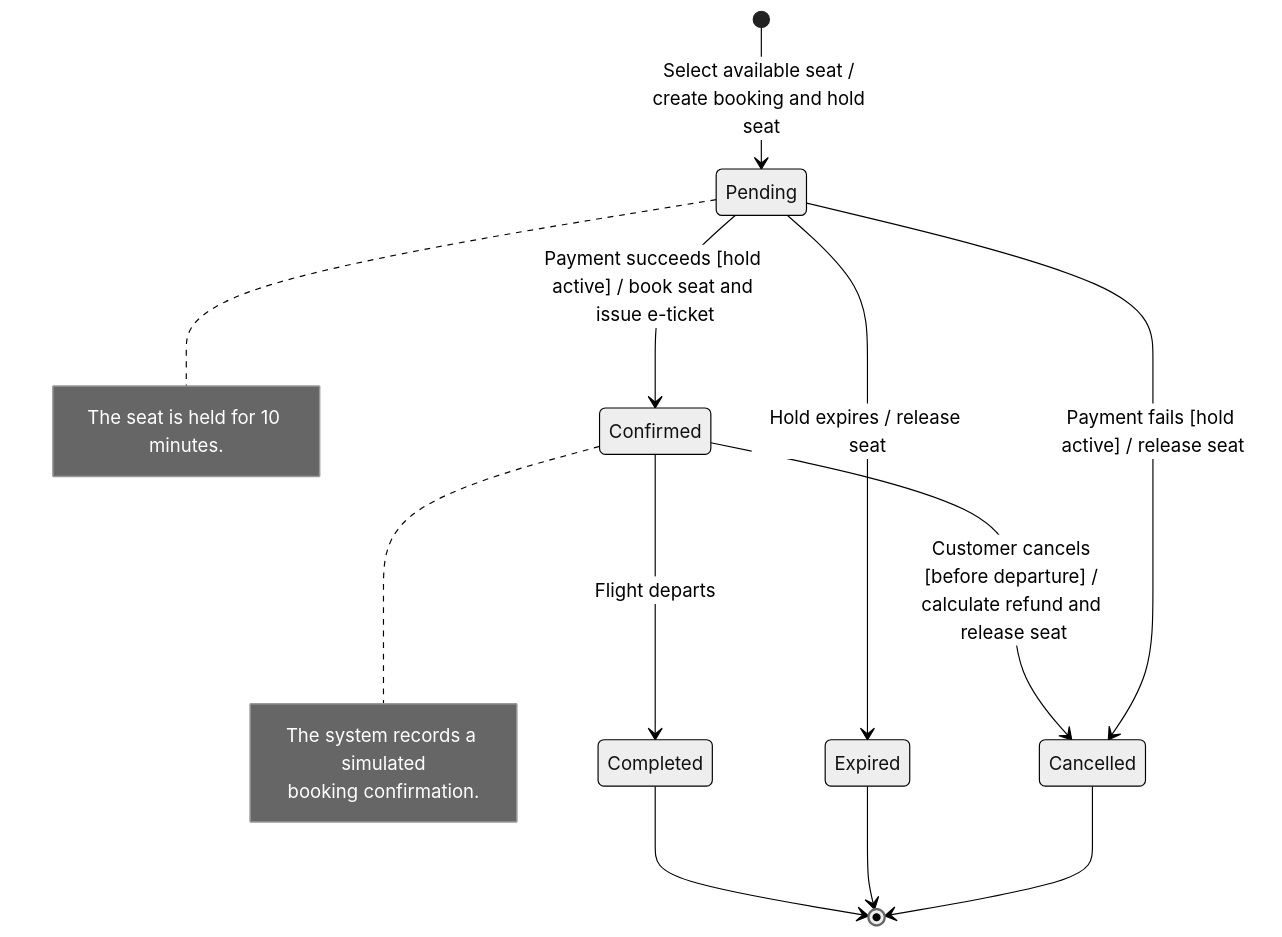
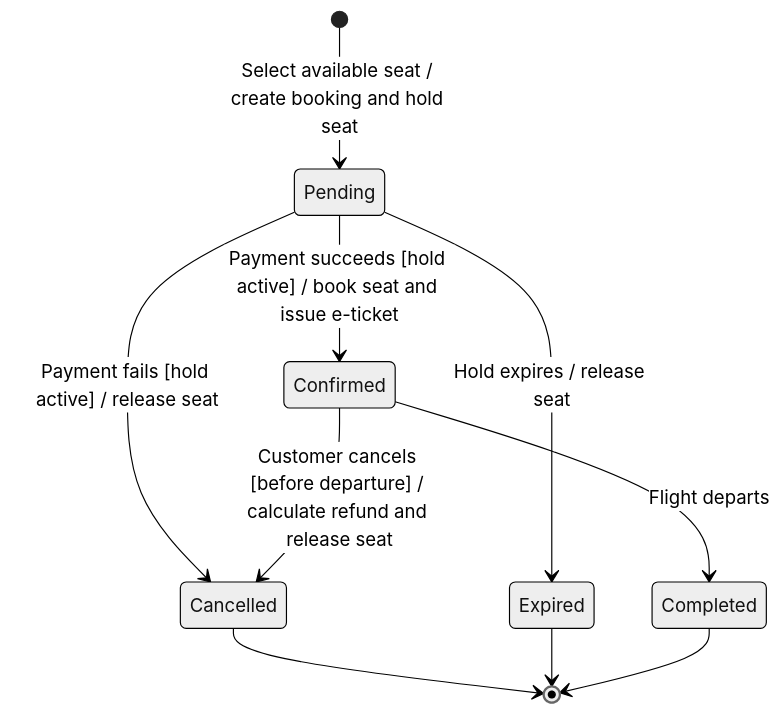
The diagram in uml/state_booking.md (AbdalslamBondoq/Software-project-Flight-Booking-System), drawn with Mermaid (neutral theme) before and after one commit.

Commit message:
Remove note boxes from the booking state diagram
Notes are not part of the state diagram elements in slide SD06. Their content is already in the Booking States table and the business rules below the diagram.

Claude-Session: https://claude.ai/code/session_018siUY2jwEzCmz5FBwjbMPb

````diff
--- a/uml/state_booking.md
+++ b/uml/state_booking.md
@@ -9,24 +9,15 @@
 ```mermaid
 stateDiagram-v2
     [*] --> Pending : Select available seat / create booking and hold seat
 
     Pending --> Confirmed : Payment succeeds [hold active] / book seat and issue e-ticket
     Pending --> Cancelled : Payment fails [hold active] / release seat
     Pending --> Expired : Hold expires / release seat
 
     Confirmed --> Cancelled : Customer cancels [before departure] / calculate refund and release seat
     Confirmed --> Completed : Flight departs
 
     Cancelled --> [*]
     Expired --> [*]
     Completed --> [*]
-
-    note right of Pending
-        The seat is held for 10 minutes.
-    end note
-
-    note right of Confirmed
-        The system records a simulated
-        booking confirmation.
-    end note
 ```
````
